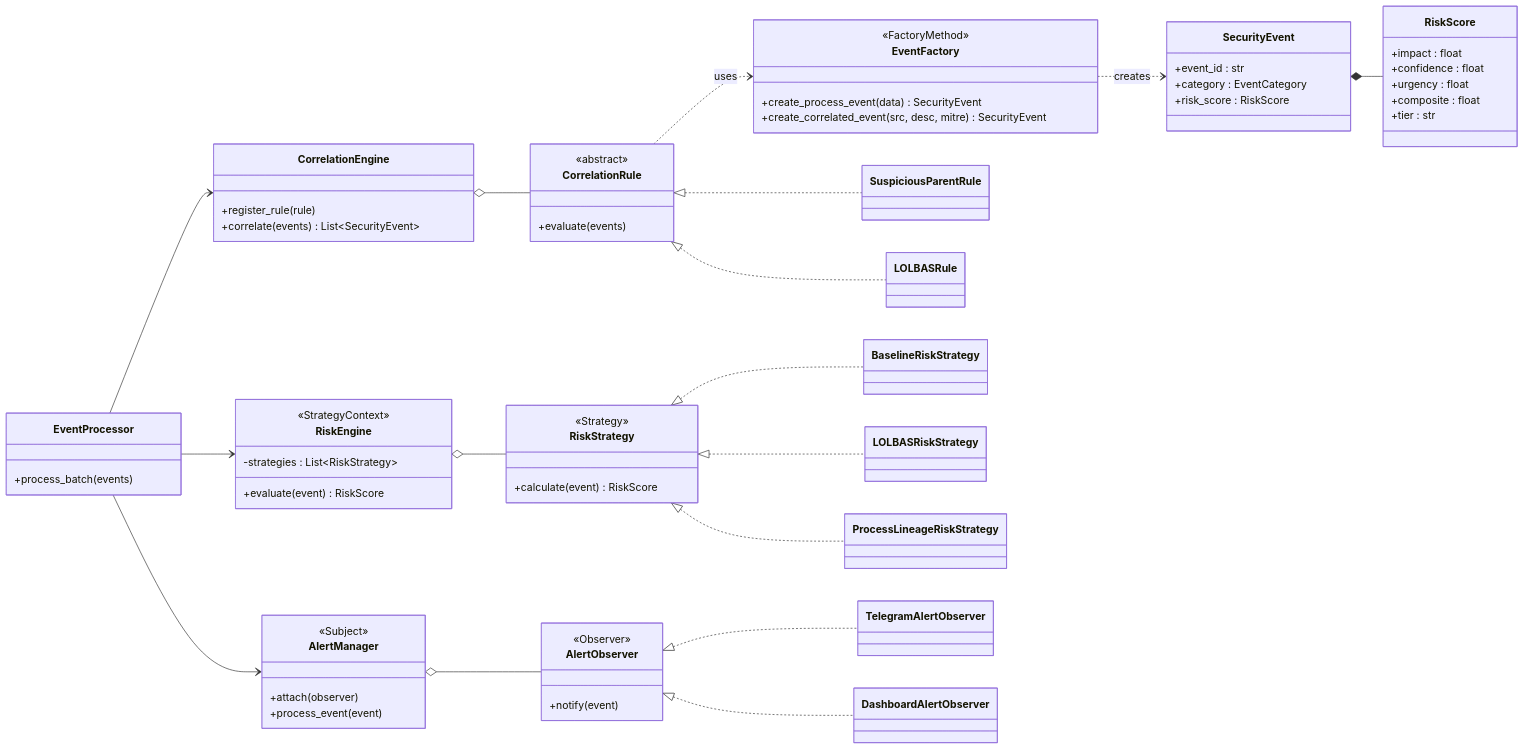
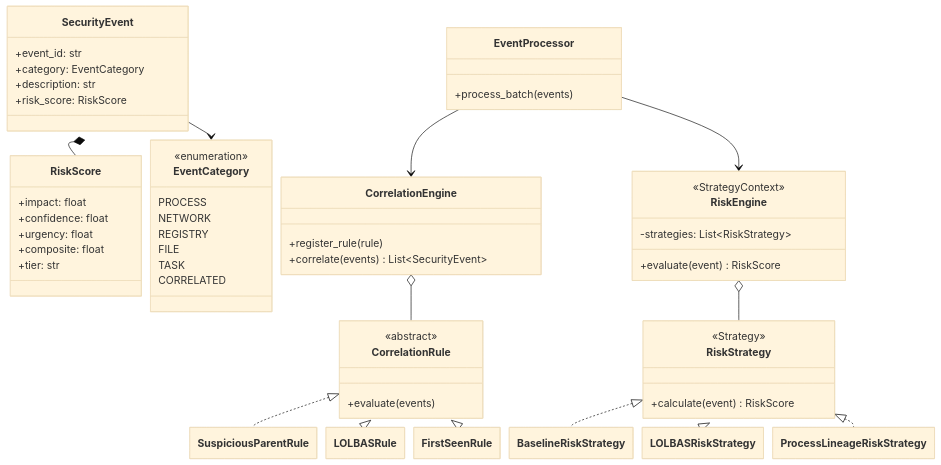
One commit to kupetsovkn24-lgtm/HIDS changed the first of 2 diagrams in uml4.md. Above: the diagram before and after it, drawn with Mermaid.

Commit message:
Revise UML class diagram for HIDS
Updated UML class diagram to include new classes and relationships.

````diff
--- a/uml4.md
+++ b/uml4.md
@@ -3,80 +3,78 @@
 ```mermaid
+%%{init: {"theme":"base","flowchart":{"nodeSpacing":14,"rankSpacing":14},"class":{"hideEmptyMembersBox":true}}}%%
 classDiagram
-direction LR
-
-class EventFactory {
-    <<FactoryMethod>>
-    +create_process_event(data) SecurityEvent
-    +create_correlated_event(src, desc, mitre) SecurityEvent
-}
+direction TB
 
 class SecurityEvent {
-    +event_id : str
-    +category : EventCategory
-    +risk_score : RiskScore
+    +event_id: str
+    +category: EventCategory
+    +description: str
+    +risk_score: RiskScore
 }
 
 class RiskScore {
-    +impact : float
-    +confidence : float
-    +urgency : float
-    +composite : float
-    +tier : str
+    +impact: float
+    +confidence: float
+    +urgency: float
+    +composite: float
+    +tier: str
 }
 
-SecurityEvent *-- RiskScore
-EventFactory ..> SecurityEvent : creates
+class EventCategory {
+    <<enumeration>>
+    PROCESS
+    NETWORK
+    REGISTRY
+    FILE
+    TASK
+    CORRELATED
+}
 
 class CorrelationEngine {
     +register_rule(rule)
     +correlate(events) List~SecurityEvent~
 }
 
 class CorrelationRule {
     <<abstract>>
     +evaluate(events)
 }
-CorrelationRule <|.. SuspiciousParentRule
-CorrelationRule <|.. LOLBASRule
+class SuspiciousParentRule
+class LOLBASRule
+class FirstSeenRule
 
 class RiskEngine {
     <<StrategyContext>>
-    -strategies : List~RiskStrategy~
+    -strategies: List~RiskStrategy~
     +evaluate(event) RiskScore
 }
 
 class RiskStrategy {
     <<Strategy>>
     <<abstract>>
     +calculate(event) RiskScore
 }
-RiskStrategy <|.. BaselineRiskStrategy
-RiskStrategy <|.. LOLBASRiskStrategy
-RiskStrategy <|.. ProcessLineageRiskStrategy
-
-class AlertManager {
-    <<Subject>>
-    +attach(observer)
-    +process_event(event)
-}
-
-class AlertObserver {
-    <<Observer>>
-    <<abstract>>
-    +notify(event)
-}
-AlertObserver <|.. TelegramAlertObserver
-AlertObserver <|.. DashboardAlertObserver
+class BaselineRiskStrategy
+class LOLBASRiskStrategy
+class ProcessLineageRiskStrategy
 
 class EventProcessor {
     +process_batch(events)
 }
 
+SecurityEvent *-- RiskScore
+SecurityEvent --> EventCategory
+
+CorrelationRule <|.. SuspiciousParentRule
+CorrelationRule <|.. LOLBASRule
+CorrelationRule <|.. FirstSeenRule
+CorrelationEngine o-- CorrelationRule
+
+RiskStrategy <|.. BaselineRiskStrategy
+RiskStrategy <|.. LOLBASRiskStrategy
+RiskStrategy <|.. ProcessLineageRiskStrategy
+RiskEngine o-- RiskStrategy
+
 EventProcessor --> CorrelationEngine
 EventProcessor --> RiskEngine
-EventProcessor --> AlertManager
-CorrelationEngine o-- CorrelationRule
-RiskEngine o-- RiskStrategy
-AlertManager o-- AlertObserver
-CorrelationRule ..> EventFactory : uses
 ```
````
